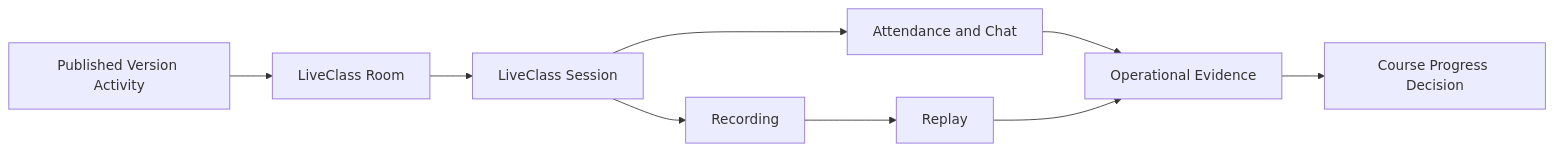
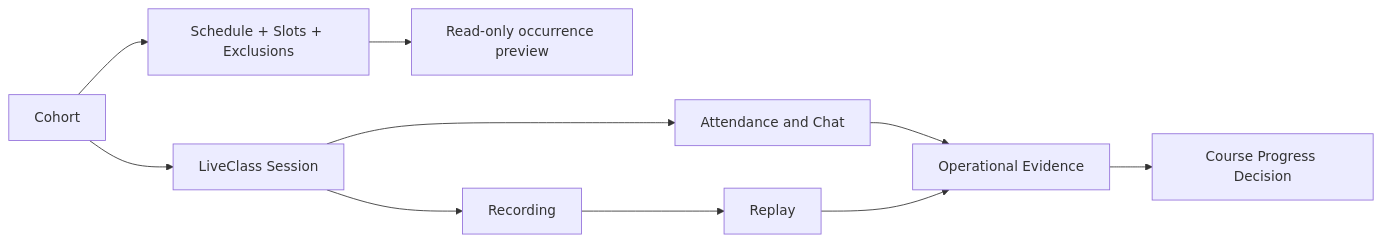
One commit to tiemtt-ai/lf changed the second of 2 diagrams in docs/database/liveclass/README.md. Above: the diagram before and after it, drawn with Mermaid. The commit also changed other lines of this file and 37 other files, not shown here.

````diff
--- a/docs/database/liveclass/README.md
+++ b/docs/database/liveclass/README.md
@@ -78,11 +86,12 @@
 ```mermaid
 flowchart LR
-    A[Published Version Activity] --> B[LiveClass Room]
-    B --> C[LiveClass Session]
+    A[Cohort] --> B[Schedule + Slots + Exclusions]
+    B --> P[Read-only occurrence preview]
+    A --> C[LiveClass Session]
     C --> D[Attendance and Chat]
     C --> E[Recording]
     E --> F[Replay]
     D --> G[Operational Evidence]
     F --> G
     G --> H[Course Progress Decision]
 ```
````
